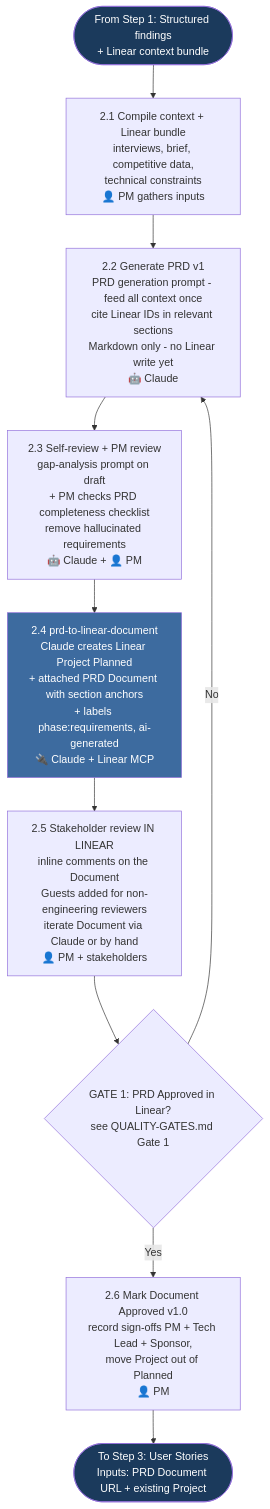
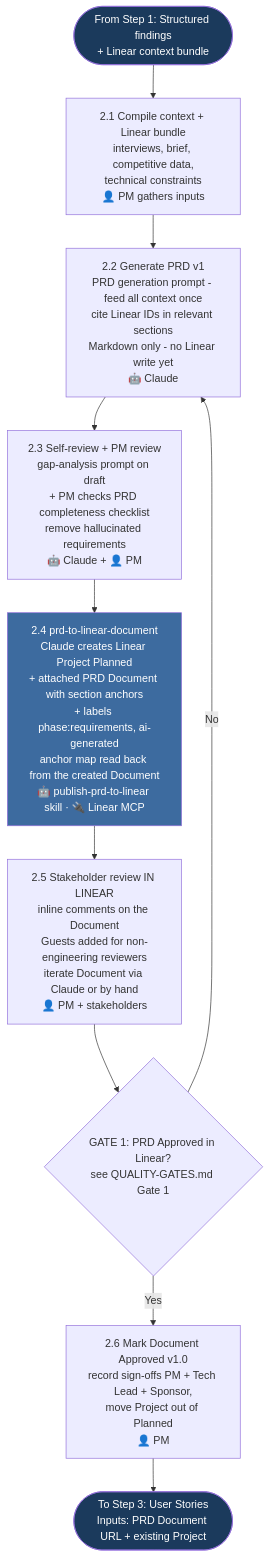
Before and after one commit to kalpat-allion/ai-dlc: the third of 6 diagrams in aidlc-phases/01-requirement-gathering/FLOWCHART.md, drawn with Mermaid. The commit also changed other lines of this file and 14 other files, not shown here.

````diff
--- a/aidlc-phases/01-requirement-gathering/FLOWCHART.md
+++ b/aidlc-phases/01-requirement-gathering/FLOWCHART.md
@@ -103,19 +103,19 @@
 ```mermaid
 flowchart TD
     P_IN([From Step 1: Structured findings<br/>+ Linear context bundle]) --> P1
 
     P1[2.1 Compile context + Linear bundle<br/>interviews, brief, competitive data,<br/>technical constraints<br/>👤 PM gathers inputs] --> P2
     P2[2.2 Generate PRD v1<br/>PRD generation prompt - feed all context once<br/>cite Linear IDs in relevant sections<br/>Markdown only - no Linear write yet<br/>🤖 Claude] --> P3
     P3[2.3 Self-review + PM review<br/>gap-analysis prompt on draft<br/>+ PM checks PRD completeness checklist<br/>remove hallucinated requirements<br/>🤖 Claude + 👤 PM] --> P4
-    P4[2.4 prd-to-linear-document<br/>Claude creates Linear Project Planned<br/>+ attached PRD Document with section anchors<br/>+ labels phase:requirements, ai-generated<br/>🔌 Claude + Linear MCP] --> P5
+    P4[2.4 prd-to-linear-document<br/>Claude creates Linear Project Planned<br/>+ attached PRD Document with section anchors<br/>+ labels phase:requirements, ai-generated<br/>anchor map read back from the created Document<br/>🤖 publish-prd-to-linear skill · 🔌 Linear MCP] --> P5
     P5[2.5 Stakeholder review IN LINEAR<br/>inline comments on the Document<br/>Guests added for non-engineering reviewers<br/>iterate Document via Claude or by hand<br/>👤 PM + stakeholders] --> G1
 
     G1{GATE 1: PRD Approved in Linear?<br/>see QUALITY-GATES.md Gate 1}
     G1 -- No --> P2
     G1 -- Yes --> P6[2.6 Mark Document Approved v1.0<br/>record sign-offs PM + Tech Lead + Sponsor,<br/>move Project out of Planned<br/>👤 PM]
     P6 --> P_OUT([To Step 3: User Stories<br/>Inputs: PRD Document URL + existing Project])
 
     style P_IN fill:#1B3A5C,color:#fff
     style P_OUT fill:#1B3A5C,color:#fff
     style P4 fill:#3D6B9F,color:#fff
 ```
````
